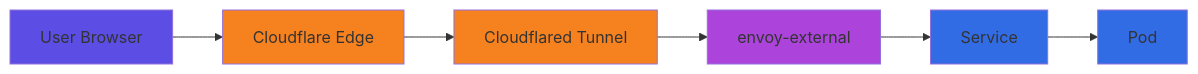
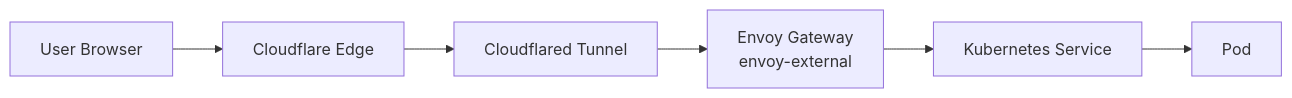
One commit to tscibilia/home-ops changed the second of 3 diagrams in docs/kubernetes/networking.md. Above: the diagram before and after it, drawn with Mermaid. The commit also changed other lines of this file and 9 other files, not shown here.

````diff
--- a/docs/kubernetes/networking.md
+++ b/docs/kubernetes/networking.md
@@ -167,15 +161,8 @@
 ```mermaid
 graph LR
     A[User Browser] --> B[Cloudflare Edge]
     B --> C[Cloudflared Tunnel]
-    C --> D[envoy-external]
-    D --> E[Service]
+    C --> D[Envoy Gateway<br/>envoy-external]
+    D --> E[Kubernetes Service]
     E --> F[Pod]
-
-    style A fill:#5c4ee5
-    style B fill:#f6821f
-    style C fill:#f6821f
-    style D fill:#ac44db
-    style E fill:#326ce5
-    style F fill:#326ce5
 ```
````
